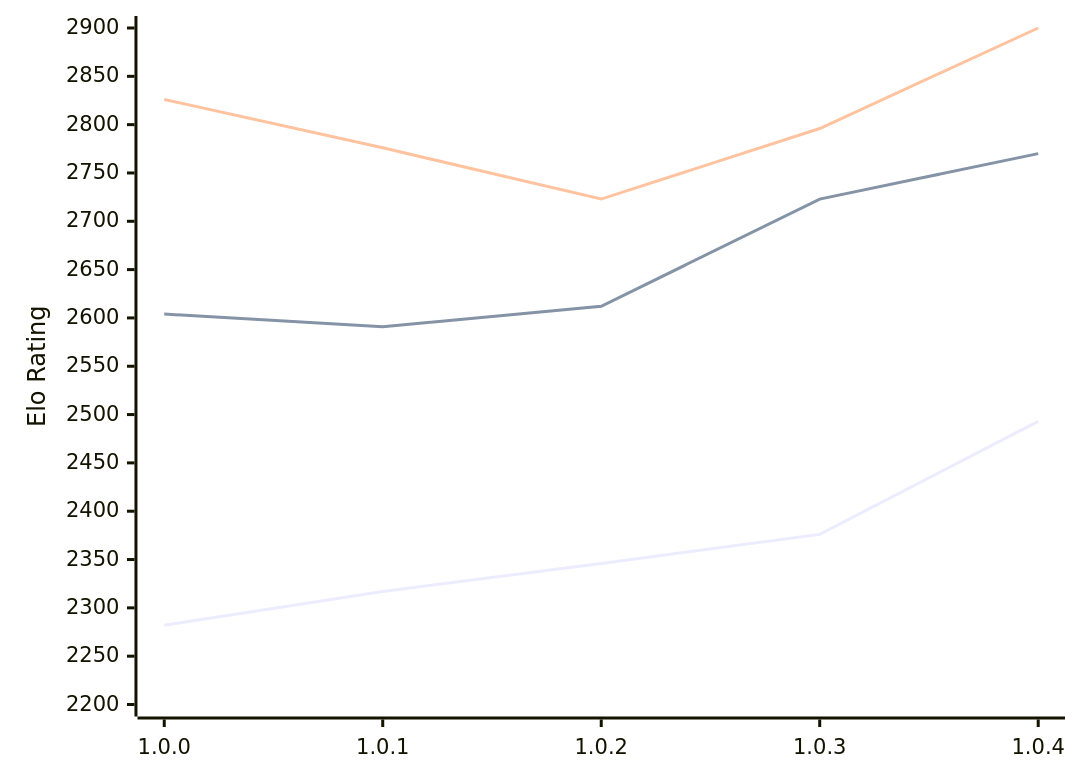
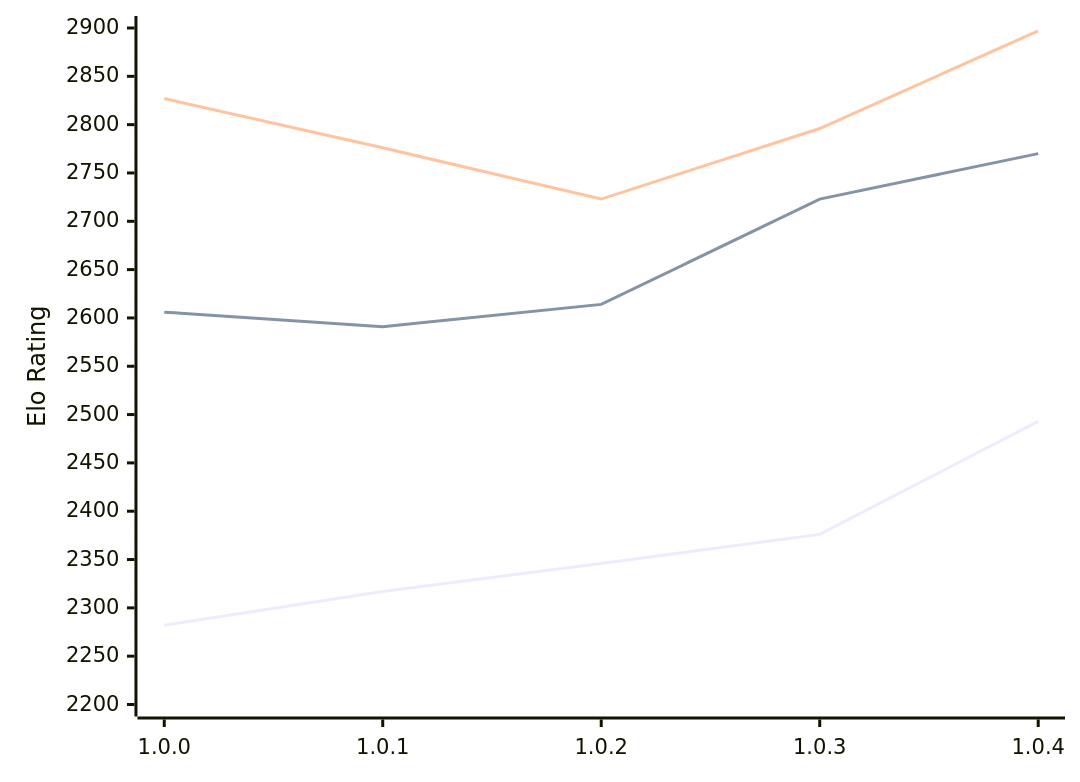
The diagram in engines/Grail.md (computer-chess-index/cci), drawn with Mermaid before and after one commit. The commit also changed other lines of this file, not shown here.

Commit message:
Update CCI Ratings (ELO VLTC) - 2026-02-11

````diff
--- a/engines/Grail.md
+++ b/engines/Grail.md
@@ -32,9 +32,9 @@
 ```mermaid
 %%{init: {"theme":"base","themeVariables":{"seriesColors:['#a3a3a3','#222221','#faa371']}}}%%
 xychart-beta
   x-axis ["1.0.0", "1.0.1", "1.0.2", "1.0.3", "1.0.4"]
   y-axis "Elo Rating" 2200 --> 2900
   line "STC (8.0+0.08s)" [2282, 2317, 2346, 2376, 2493]
-  line "LTC (60.0+0.60s)" [2604, 2591, 2612, 2723, 2770]
-  line "VLTC (2m24s+1.12s)" [2826, 2776, 2723, 2796, 2900]
+  line "LTC (60.0+0.60s)" [2606, 2591, 2614, 2723, 2770]
+  line "VLTC (2m24s+1.12s)" [2827, 2776, 2723, 2796, 2897]
 ```
````
